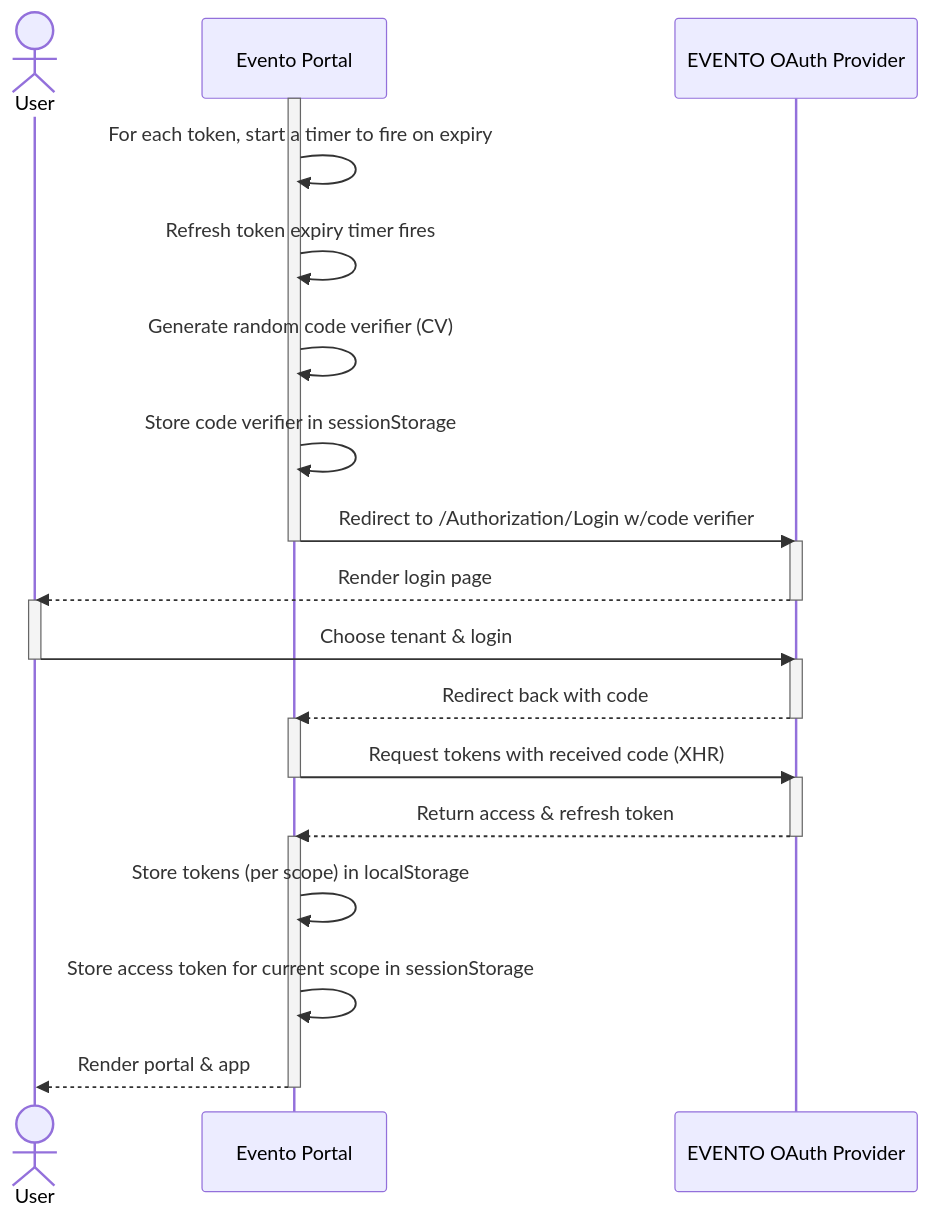
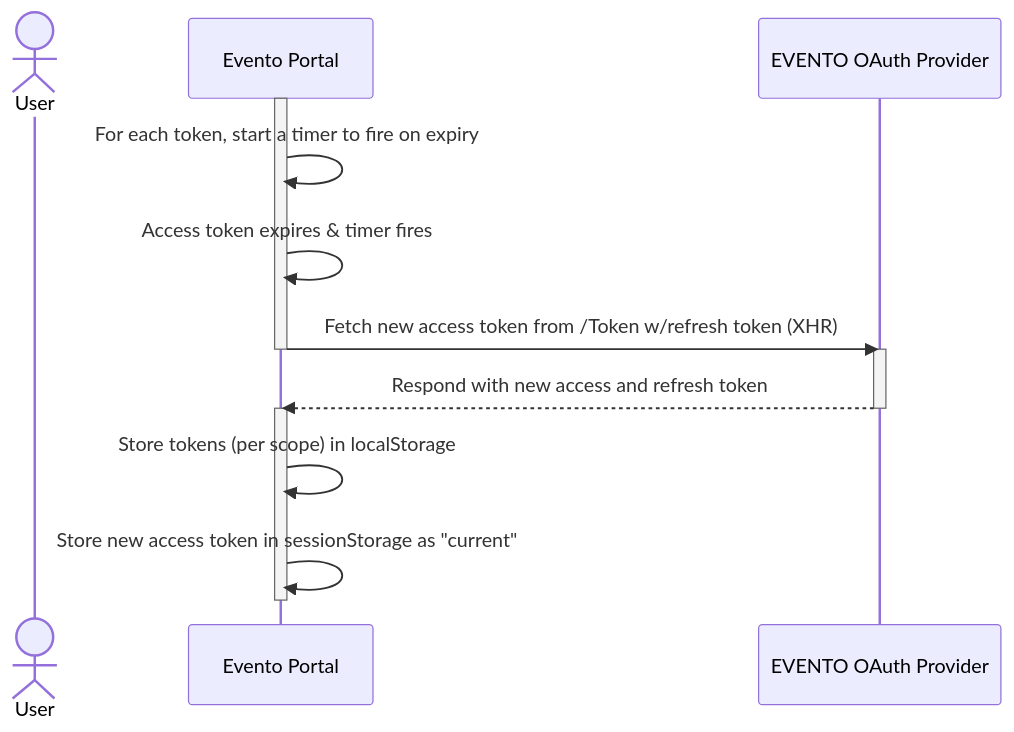
The fifth of 6 diagrams in doc/sad.md (bkd-mba-fbi/evento-portal), drawn with Mermaid before and after one commit. The commit also changed other lines of this file and 20 other files, not shown here.

````diff
--- a/doc/sad.md
+++ b/doc/sad.md
@@ -321,40 +339,21 @@
 ```mermaid
 sequenceDiagram
   actor user as User
   participant portal as Evento Portal
   participant oauth as EVENTO OAuth Provider
 
   activate portal
   portal ->> portal: For each token, start a timer to fire on expiry
-  portal ->> portal: Refresh token expiry timer fires
-  portal ->> portal: Generate random code verifier (CV)
-  portal ->> portal: Store code verifier in sessionStorage
-  portal ->> oauth: Redirect to /Authorization/Login w/code verifier
+  portal ->> portal: Access token expires & timer fires
+  portal ->> oauth:  Fetch new access token from /Token w/refresh token (XHR)
   deactivate portal
 
   activate oauth
-  oauth -->> user: Render login page
-  deactivate oauth
-
-  activate user
-  user ->> oauth: Choose tenant & login
-  deactivate user
-
-  activate oauth
-  oauth -->> portal: Redirect back with code
-  deactivate oauth
-
-  activate portal
-  portal ->> oauth: Request tokens with received code (XHR)
-  deactivate portal
-
-  activate oauth
-  oauth -->> portal: Return access & refresh token
+  oauth -->> portal: Respond with new access and refresh token
   deactivate oauth
 
   activate portal
   portal ->> portal: Store tokens (per scope) in localStorage
-  portal ->> portal: Store access token for current scope in sessionStorage
-  portal -->> user: Render portal & app
+  portal ->> portal: Store new access token in sessionStorage as "current"
   deactivate portal
 ```
````
